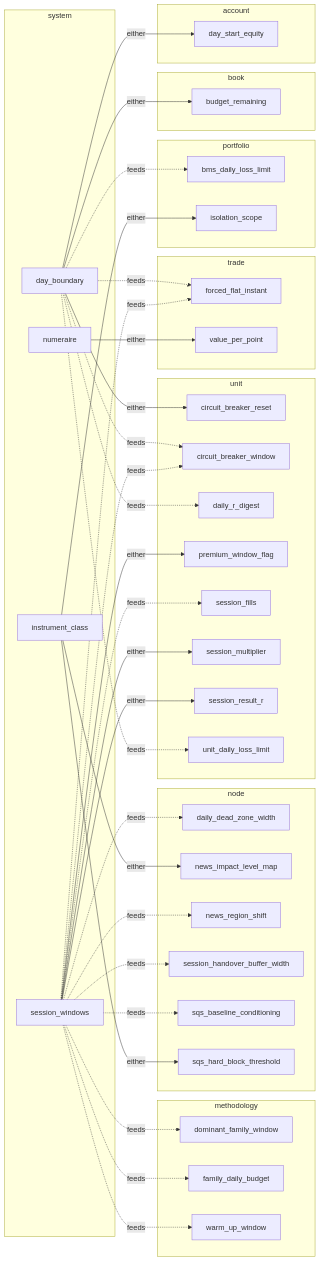
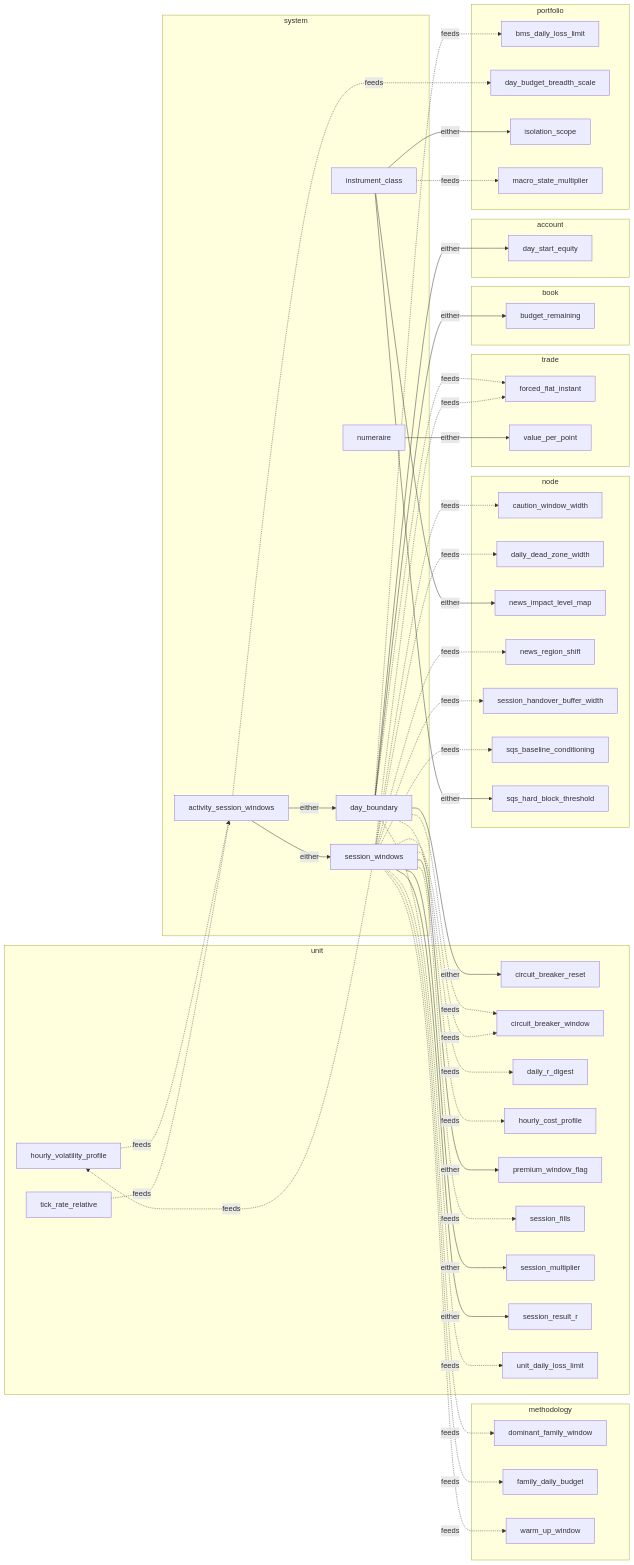
One commit to mubarakhimself-byte/QMX changed the tenth of 10 diagrams in tracker/risk-core/ledger/couplings.md. Above: the diagram before and after it, drawn with Mermaid. The commit also changed other lines of this file and 5 other files, not shown here.

````diff
--- a/tracker/risk-core/ledger/couplings.md
+++ b/tracker/risk-core/ledger/couplings.md
@@ -2086,10 +2438,13 @@
     circuit_breaker_reset["circuit_breaker_reset"]
     circuit_breaker_window["circuit_breaker_window"]
     daily_r_digest["daily_r_digest"]
+    hourly_cost_profile["hourly_cost_profile"]
+    hourly_volatility_profile["hourly_volatility_profile"]
     premium_window_flag["premium_window_flag"]
     session_fills["session_fills"]
     session_multiplier["session_multiplier"]
     session_result_r["session_result_r"]
+    tick_rate_relative["tick_rate_relative"]
     unit_daily_loss_limit["unit_daily_loss_limit"]
   end
   subgraph L_book["book"]
@@ -2102,12 +2457,15 @@
   end
   subgraph L_portfolio["portfolio"]
     bms_daily_loss_limit["bms_daily_loss_limit"]
+    day_budget_breadth_scale["day_budget_breadth_scale"]
     isolation_scope["isolation_scope"]
+    macro_state_multiplier["macro_state_multiplier"]
   end
   subgraph L_account["account"]
     day_start_equity["day_start_equity"]
   end
   subgraph L_node["node"]
+    caution_window_width["caution_window_width"]
     daily_dead_zone_width["daily_dead_zone_width"]
     news_impact_level_map["news_impact_level_map"]
     news_region_shift["news_region_shift"]
@@ -2116,11 +2474,15 @@
     sqs_hard_block_threshold["sqs_hard_block_threshold"]
   end
   subgraph L_system["system"]
+    activity_session_windows["activity_session_windows"]
     day_boundary["day_boundary"]
     instrument_class["instrument_class"]
     numeraire["numeraire"]
     session_windows["session_windows"]
   end
+  activity_session_windows -->|either| day_boundary
+  activity_session_windows -.->|feeds| day_budget_breadth_scale
+  activity_session_windows -->|either| session_windows
   day_boundary -.->|feeds| bms_daily_loss_limit
   day_boundary -->|either| budget_remaining
   day_boundary -->|either| circuit_breaker_reset
@@ -2129,15 +2491,20 @@
   day_boundary -->|either| day_start_equity
   day_boundary -.->|feeds| forced_flat_instant
   day_boundary -.->|feeds| unit_daily_loss_limit
+  hourly_volatility_profile -.->|feeds| activity_session_windows
   instrument_class -->|either| isolation_scope
+  instrument_class -.->|feeds| macro_state_multiplier
   instrument_class -->|either| news_impact_level_map
   instrument_class -->|either| sqs_hard_block_threshold
   numeraire -->|either| value_per_point
+  session_windows -.->|feeds| caution_window_width
   session_windows -.->|feeds| circuit_breaker_window
   session_windows -.->|feeds| daily_dead_zone_width
   session_windows -.->|feeds| dominant_family_window
   session_windows -.->|feeds| family_daily_budget
   session_windows -.->|feeds| forced_flat_instant
+  session_windows -.->|feeds| hourly_cost_profile
+  session_windows -.->|feeds| hourly_volatility_profile
   session_windows -.->|feeds| news_region_shift
   session_windows -->|either| premium_window_flag
   session_windows -.->|feeds| session_fills
@@ -2146,4 +2513,5 @@
   session_windows -->|either| session_result_r
   session_windows -.->|feeds| sqs_baseline_conditioning
   session_windows -.->|feeds| warm_up_window
+  tick_rate_relative -.->|feeds| activity_session_windows
 ```
````
